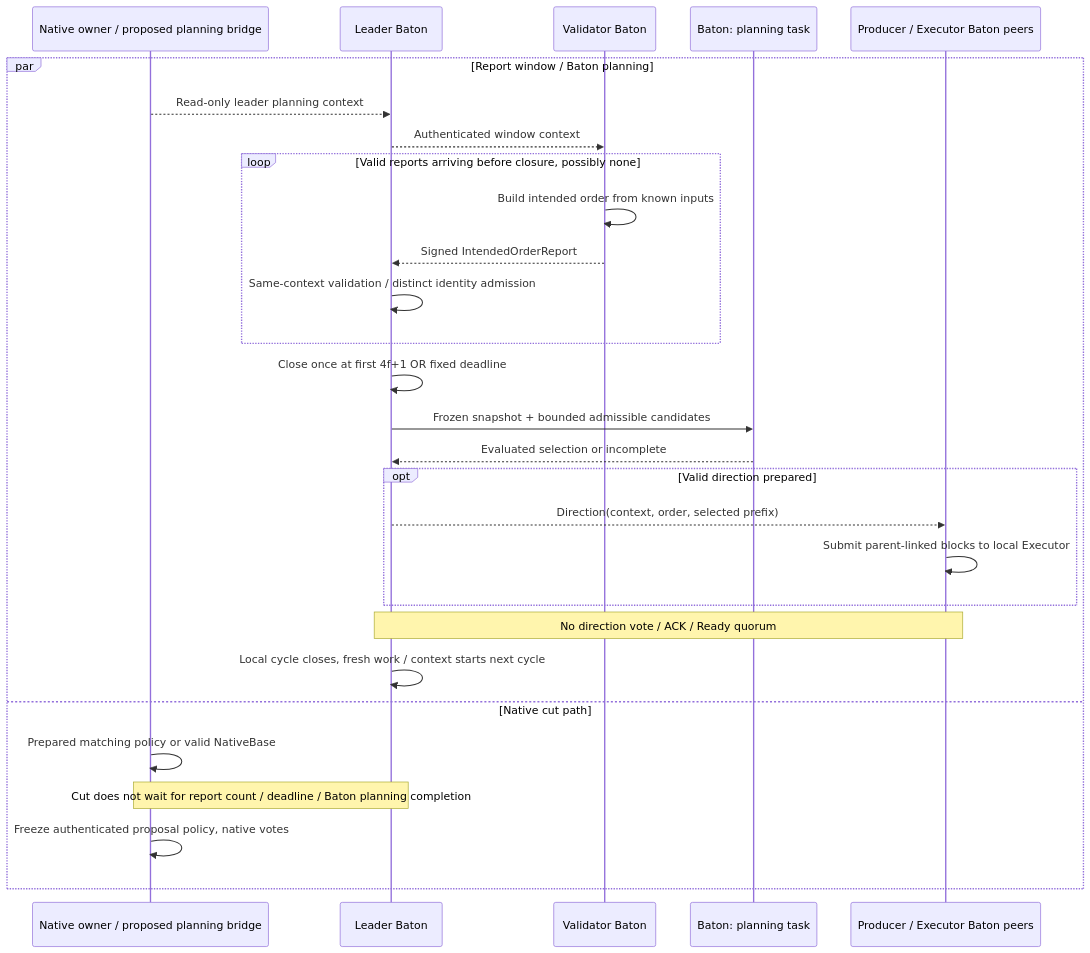
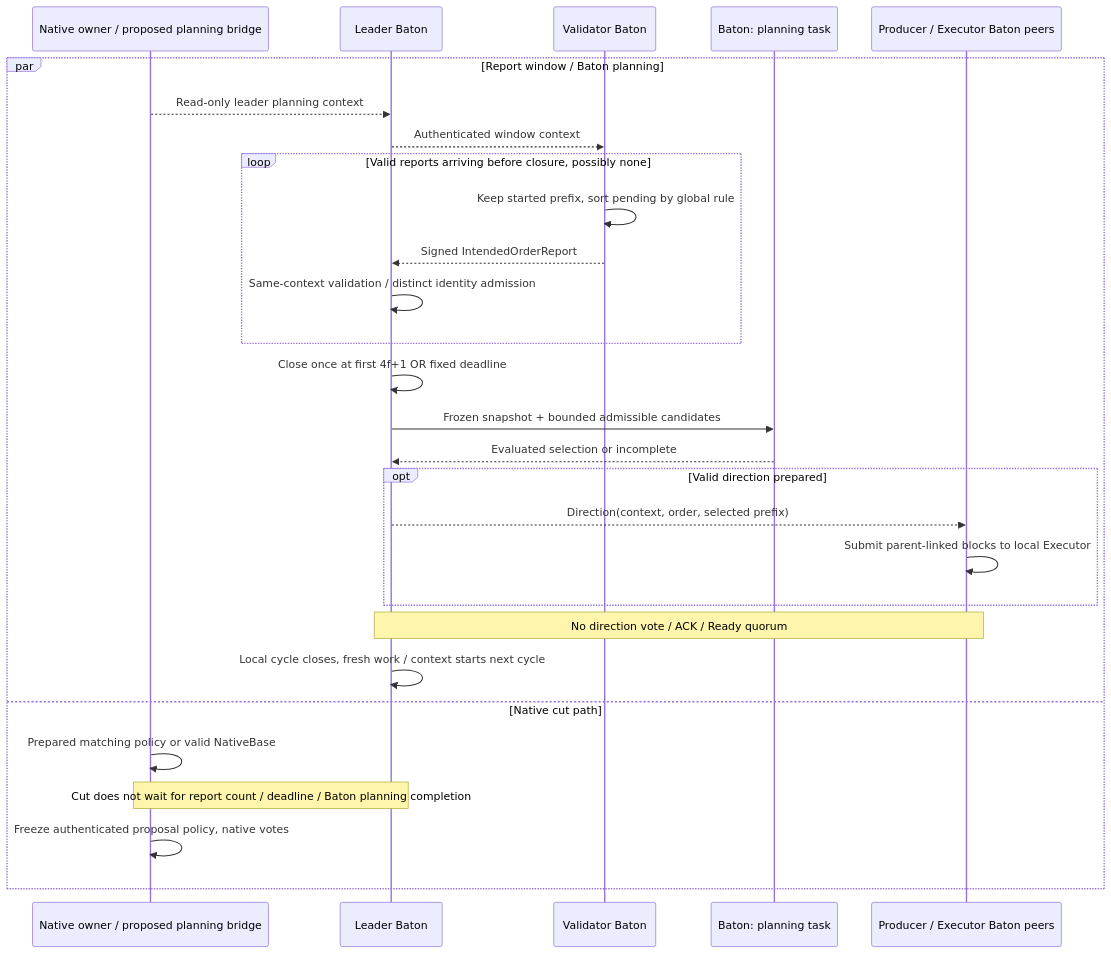
The first of 2 diagrams in docs/e2e/leader.md (djm07073/baton-research), drawn with Mermaid before and after one commit. The commit also changed other lines of this file and 78 other files, not shown here.

````diff
--- a/docs/e2e/leader.md
+++ b/docs/e2e/leader.md
@@ -7,30 +7,30 @@
 ```mermaid
 sequenceDiagram
     participant N as Native owner / proposed planning bridge
     participant L as Leader Baton
     participant V as Validator Baton
     participant P as Baton: planning task
     participant X as Producer / Executor Baton peers
     par Report window / Baton planning
         N-->>L: Read-only leader planning context
         L-->>V: Authenticated window context
         loop Valid reports arriving before closure, possibly none
-            V->>V: Build intended order from known inputs
+            V->>V: Keep started prefix, sort pending by global rule
             V-->>L: Signed IntendedOrderReport
             L->>L: Same-context validation / distinct identity admission
         end
         L->>L: Close once at first 4f+1 OR fixed deadline
         L->>P: Frozen snapshot + bounded admissible candidates
         P-->>L: Evaluated selection or incomplete
         opt Valid direction prepared
             L-->>X: Direction(context, order, selected prefix)
             X->>X: Submit parent-linked blocks to local Executor
         end
         Note over L,X: No direction vote / ACK / Ready quorum
         L->>L: Local cycle closes, fresh work / context starts next cycle
     and Native cut path
         N->>N: Prepared matching policy or valid NativeBase
         Note over N,L: Cut does not wait for report count / deadline / Baton planning completion
         N->>N: Freeze authenticated proposal policy, native votes
     end
 ```
````
